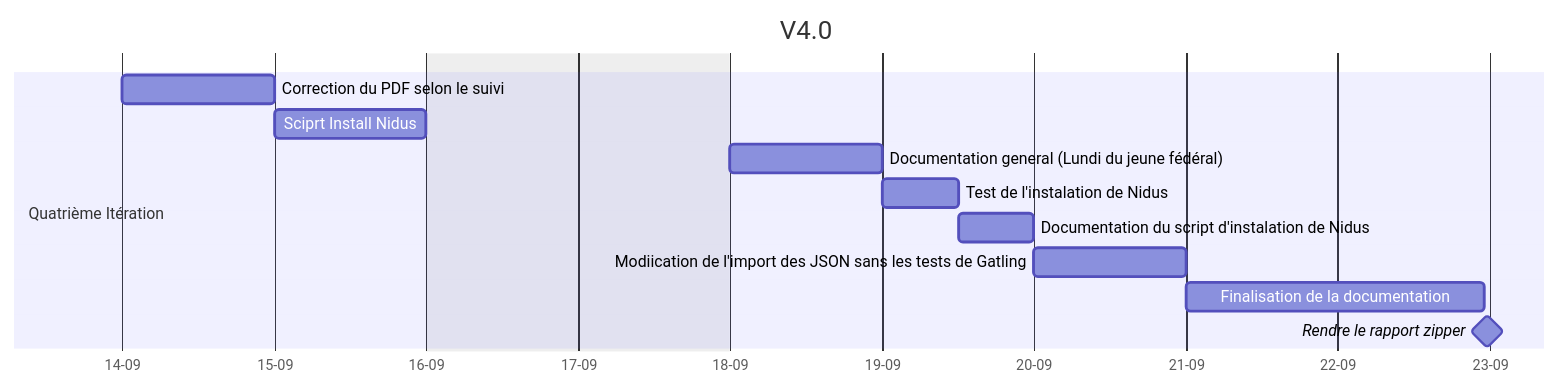
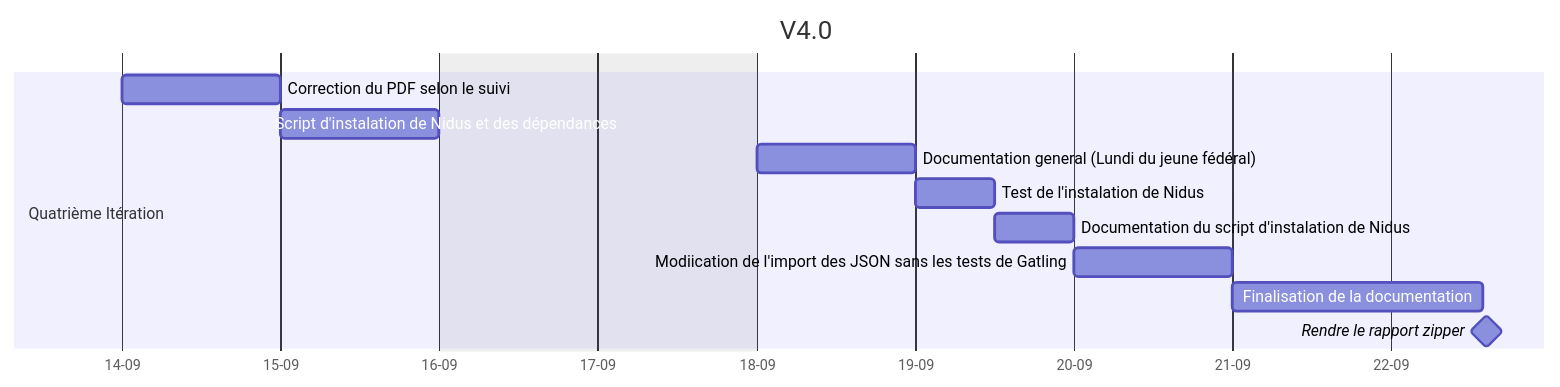
One commit to TobbyCy/CuriousTRex changed the fifth of 5 diagrams in docs/rapport.md. Above: the diagram before and after it, drawn with Mermaid. The commit also changed other lines of this file and 6 other files, not shown here.

````diff
--- a/docs/rapport.md
+++ b/docs/rapport.md
@@ -454,19 +455,19 @@
 ```mermaid
 gantt
     dateFormat  YYYY-MM-DD
     title       V4.0
     excludes    weekends
     axisFormat %d-%m
     tickInterval 1day
     section Quatrième Itération
 
     Correction du PDF selon le suivi : V4-d1, 2023-09-14, 24h
-    Sciprt Install Nidus : V4-d2, after V4-d1, 24h
+    Script d'instalation de Nidus et des dépendances : V4-d2, after V4-d1, 24h
     Documentation general (Lundi du jeune fédéral) : V4-d3, after V4-d2, 24h
     Test de l'instalation de Nidus : V4-d4, after V4-d3, 12h
     Documentation du script d'instalation de Nidus : V4-d5, after V4-d4, 12h
     Modiication de l'import des JSON sans les tests de Gatling : V4-d6, after V4-d5, 24h
-    Finalisation de la documentation :  V4-d7, after V4-d6, 47h
+    Finalisation de la documentation :  V4-d7, after V4-d6, 38h
     Rendre le rapport zipper : milestone, V4-d8, after V4-d7, 1h
 
 ```
````
